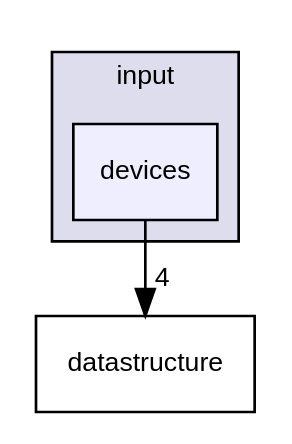
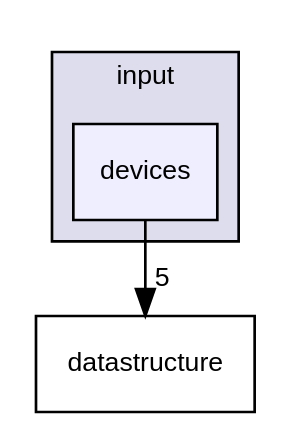
The diagram in api_documentation/dir_1bff30f5cab08762b3a79c634079da05_dep.dot (SolarFramework/solarframework.github.io), drawn with Graphviz before and after one commit. The commit also changed 544 other files, not shown here.

```diff
--- a/api_documentation/dir_1bff30f5cab08762b3a79c634079da05_dep.dot
+++ b/api_documentation/dir_1bff30f5cab08762b3a79c634079da05_dep.dot
@@ -1,11 +1,11 @@
 digraph "interfaces/api/input/devices" {
   compound=true
   node [ fontsize="10", fontname="Helvetica"];
   edge [ labelfontsize="10", labelfontname="Helvetica"];
   subgraph clusterdir_ce220005e573b530971a540db913291c {
     graph [ bgcolor="#ddddee", pencolor="black", label="input" fontname="Helvetica", fontsize="10", URL="dir_ce220005e573b530971a540db913291c.html"]
   dir_1bff30f5cab08762b3a79c634079da05 [shape=box, label="devices", style="filled", fillcolor="#eeeeff", pencolor="black", URL="dir_1bff30f5cab08762b3a79c634079da05.html"];
   }
   dir_3163639002ef67c6c12f1b2ccf7afca4 [shape=box label="datastructure" URL="dir_3163639002ef67c6c12f1b2ccf7afca4.html"];
-  dir_1bff30f5cab08762b3a79c634079da05->dir_3163639002ef67c6c12f1b2ccf7afca4 [headlabel="4", labeldistance=1.5 headhref="dir_000008_000023.html"];
+  dir_1bff30f5cab08762b3a79c634079da05->dir_3163639002ef67c6c12f1b2ccf7afca4 [headlabel="5", labeldistance=1.5 headhref="dir_000008_000023.html"];
 }
```
